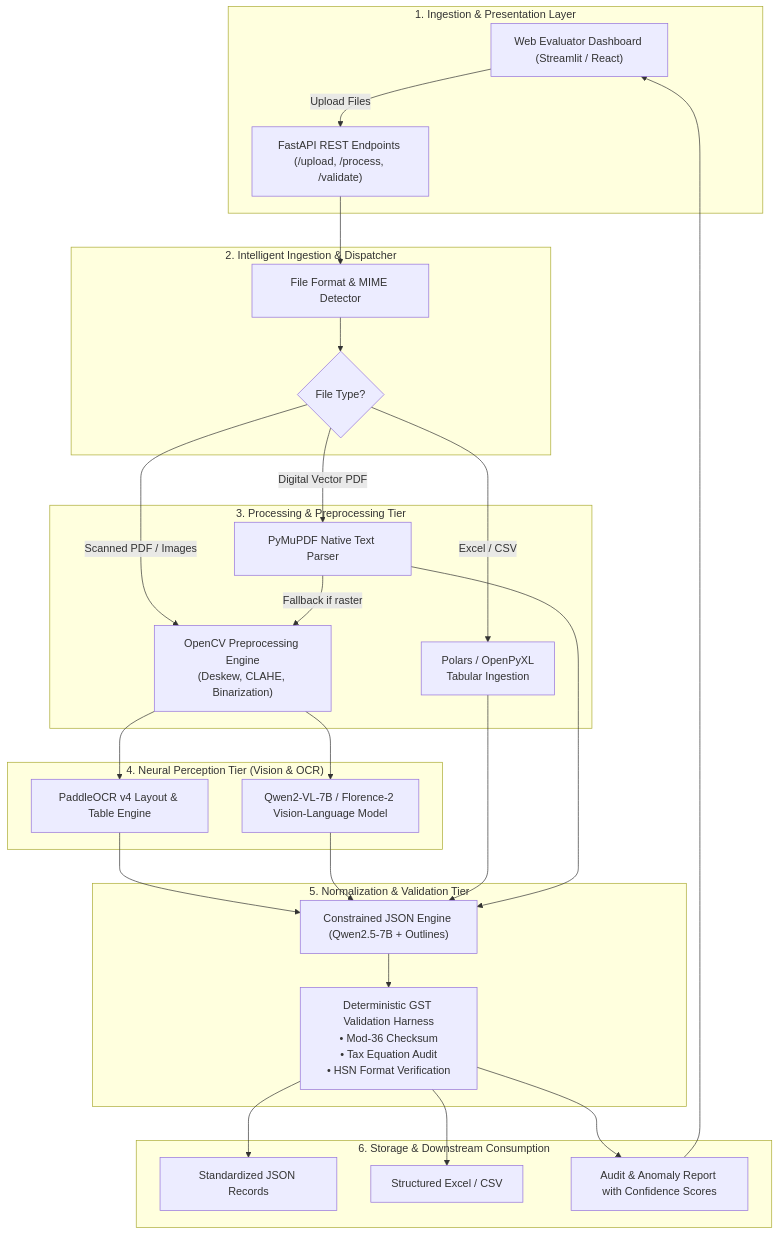
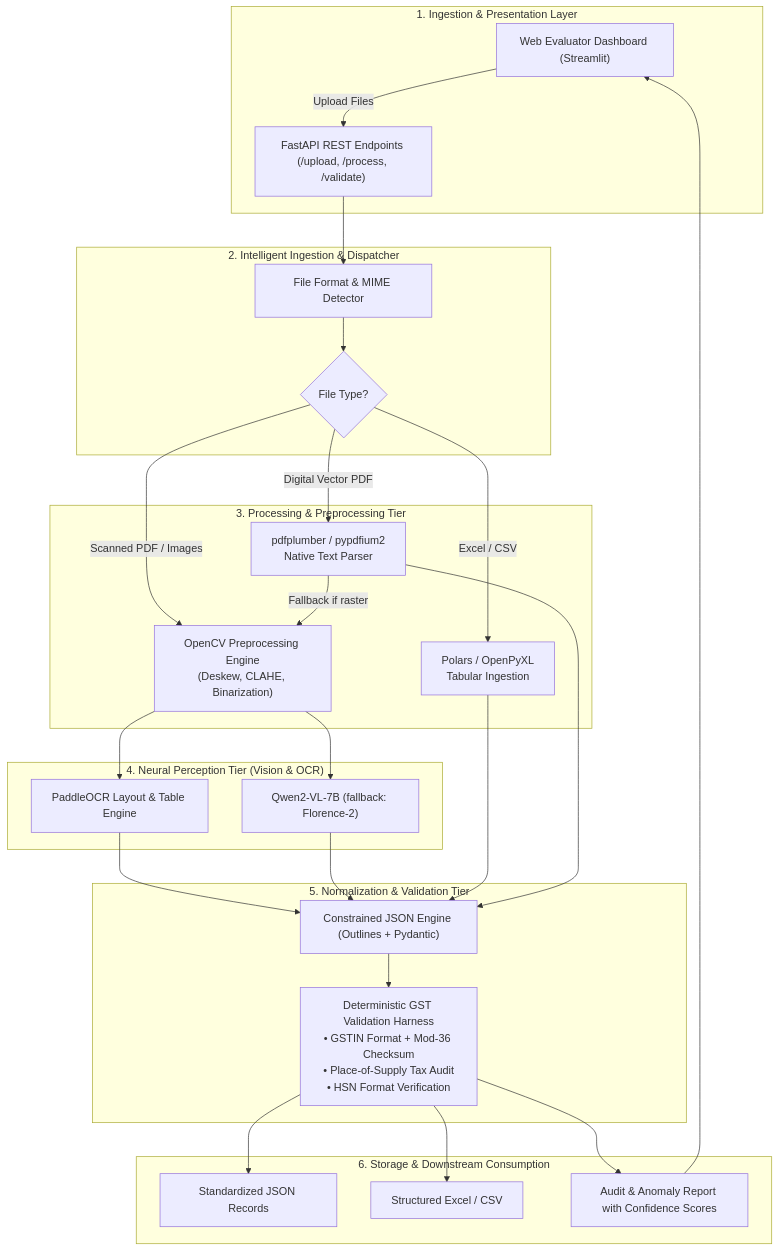
The first of 4 diagrams in README.md (Goldengrab/vyomflow-gst-intelligence), drawn with Mermaid before and after one commit. The commit also changed other lines of this file, not shown here.

Commit message:
docs: refine proposal with honest benchmark targets, GST legal accuracy, and license compliance

````diff
--- a/README.md
+++ b/README.md
@@ -188,57 +194,57 @@
 ```mermaid
 flowchart TD
     subgraph ClientLayer ["1. Ingestion & Presentation Layer"]
-        UI["Web Evaluator Dashboard (Streamlit / React)"]
+        UI["Web Evaluator Dashboard (Streamlit)"]
         API["FastAPI REST Endpoints (/upload, /process, /validate)"]
     end
 
     subgraph RouterLayer ["2. Intelligent Ingestion & Dispatcher"]
         FD["File Format & MIME Detector"]
         TabularRouter{"File Type?"}
     end
 
     subgraph PreprocessLayer ["3. Processing & Preprocessing Tier"]
         CV["OpenCV Preprocessing Engine<br/>(Deskew, CLAHE, Binarization)"]
         TabEngine["Polars / OpenPyXL<br/>Tabular Ingestion"]
-        PDFEngine["PyMuPDF Native Text Parser"]
+        PDFEngine["pdfplumber / pypdfium2<br/>Native Text Parser"]
     end
 
     subgraph PerceptionLayer ["4. Neural Perception Tier (Vision & OCR)"]
-        Paddle["PaddleOCR v4 Layout & Table Engine"]
-        VLM["Qwen2-VL-7B / Florence-2 Vision-Language Model"]
+        Paddle["PaddleOCR Layout & Table Engine"]
+        VLM["Qwen2-VL-7B (fallback: Florence-2)"]
     end
 
     subgraph StructuringLayer ["5. Normalization & Validation Tier"]
-        Outlines["Constrained JSON Engine (Qwen2.5-7B + Outlines)"]
-        RuleEngine["Deterministic GST Validation Harness<br/>• Mod-36 Checksum<br/>• Tax Equation Audit<br/>• HSN Format Verification"]
+        Outlines["Constrained JSON Engine (Outlines + Pydantic)"]
+        RuleEngine["Deterministic GST Validation Harness<br/>• GSTIN Format + Mod-36 Checksum<br/>• Place-of-Supply Tax Audit<br/>• HSN Format Verification"]
     end
 
     subgraph OutputLayer ["6. Storage & Downstream Consumption"]
         OutJSON["Standardized JSON Records"]
         OutCSV["Structured Excel / CSV"]
         AuditLog["Audit & Anomaly Report with Confidence Scores"]
     end
 
     UI -->|Upload Files| API
     API --> FD
     FD --> TabularRouter
 
     TabularRouter -->|Excel / CSV| TabEngine
     TabularRouter -->|Digital Vector PDF| PDFEngine
     TabularRouter -->|Scanned PDF / Images| CV
 
     CV --> Paddle
     CV --> VLM
     PDFEngine -->|Fallback if raster| CV
 
     Paddle --> Outlines
     VLM --> Outlines
     TabEngine --> Outlines
     PDFEngine --> Outlines
 
     Outlines --> RuleEngine
     RuleEngine --> OutJSON
     RuleEngine --> OutCSV
     RuleEngine --> AuditLog
     AuditLog --> UI
 ```
````
